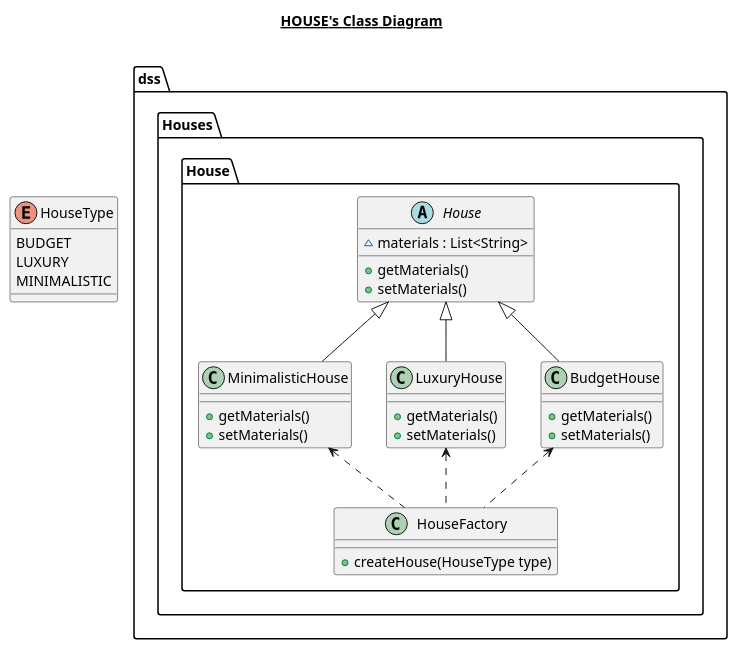
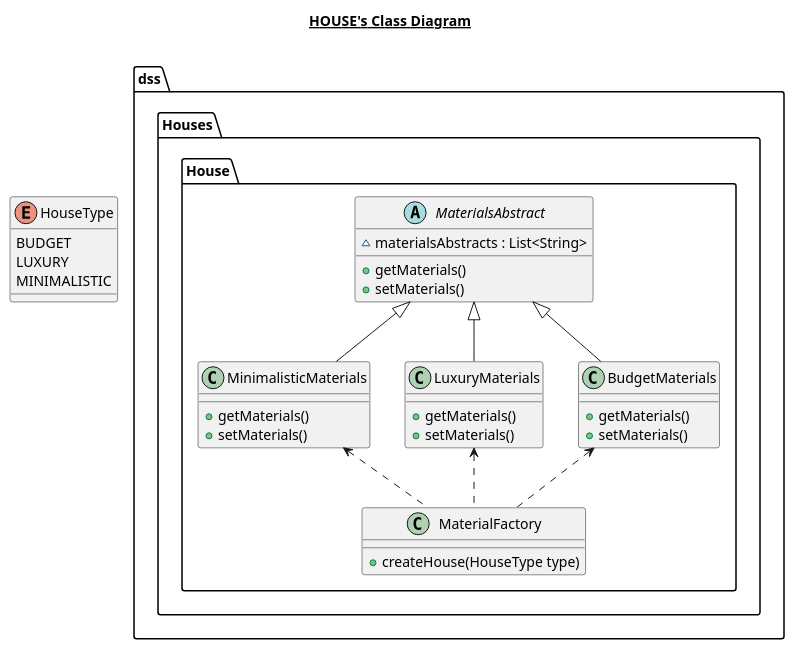
One commit to ktvcv/PracticeOfPatterns changed the diagram in out/production/PracticeOfPatterns/dss/Houses/House/uml/House.plantuml. Above: the diagram before and after it, drawn with PlantUML. The commit also changed 25 other files, not shown here.

```diff
--- a/out/production/PracticeOfPatterns/dss/Houses/House/uml/House.plantuml
+++ b/out/production/PracticeOfPatterns/dss/Houses/House/uml/House.plantuml
@@ -1,48 +1,48 @@
 @startuml
 
 title __HOUSE's Class Diagram__\n
 
-        class dss.Houses.House.BudgetHouse {
+        class dss.Houses.House.BudgetMaterials {
             + getMaterials()
             + setMaterials()
         }
 
 
-        abstract class dss.Houses.House.House {
-            ~ materials : List<String>
+        abstract class dss.Houses.House.MaterialsAbstract {
+            ~ materialsAbstracts : List<String>
             + getMaterials()
             + setMaterials()
         }
 
 
-        class dss.Houses.House.HouseFactory {
+        class dss.Houses.House.MaterialFactory {
             + createHouse(HouseType type)
         }
 
 
         enum HouseType {
           BUDGET
           LUXURY
           MINIMALISTIC
         }
 
-        class dss.Houses.House.LuxuryHouse {
+        class dss.Houses.House.LuxuryMaterials {
             + getMaterials()
             + setMaterials()
         }
 
 
-        class dss.Houses.House.MinimalisticHouse {
+        class dss.Houses.House.MinimalisticMaterials {
             + getMaterials()
             + setMaterials()
         }
 
-  dss.Houses.House.BudgetHouse -up-|> dss.Houses.House.House
-  dss.Houses.House.LuxuryHouse -up-|> dss.Houses.House.House
-  dss.Houses.House.MinimalisticHouse -up-|> dss.Houses.House.House
-  dss.Houses.House.HouseFactory .up.> dss.Houses.House.BudgetHouse
-  dss.Houses.House.HouseFactory .up.> dss.Houses.House.LuxuryHouse
-  dss.Houses.House.HouseFactory .up.> dss.Houses.House.MinimalisticHouse
+  dss.Houses.House.BudgetMaterials -up-|> dss.Houses.House.MaterialsAbstract
+  dss.Houses.House.LuxuryMaterials -up-|> dss.Houses.House.MaterialsAbstract
+  dss.Houses.House.MinimalisticMaterials -up-|> dss.Houses.House.MaterialsAbstract
+  dss.Houses.House.MaterialFactory .up.> dss.Houses.House.BudgetMaterials
+  dss.Houses.House.MaterialFactory .up.> dss.Houses.House.LuxuryMaterials
+  dss.Houses.House.MaterialFactory .up.> dss.Houses.House.MinimalisticMaterials
 
 
 @enduml
```
